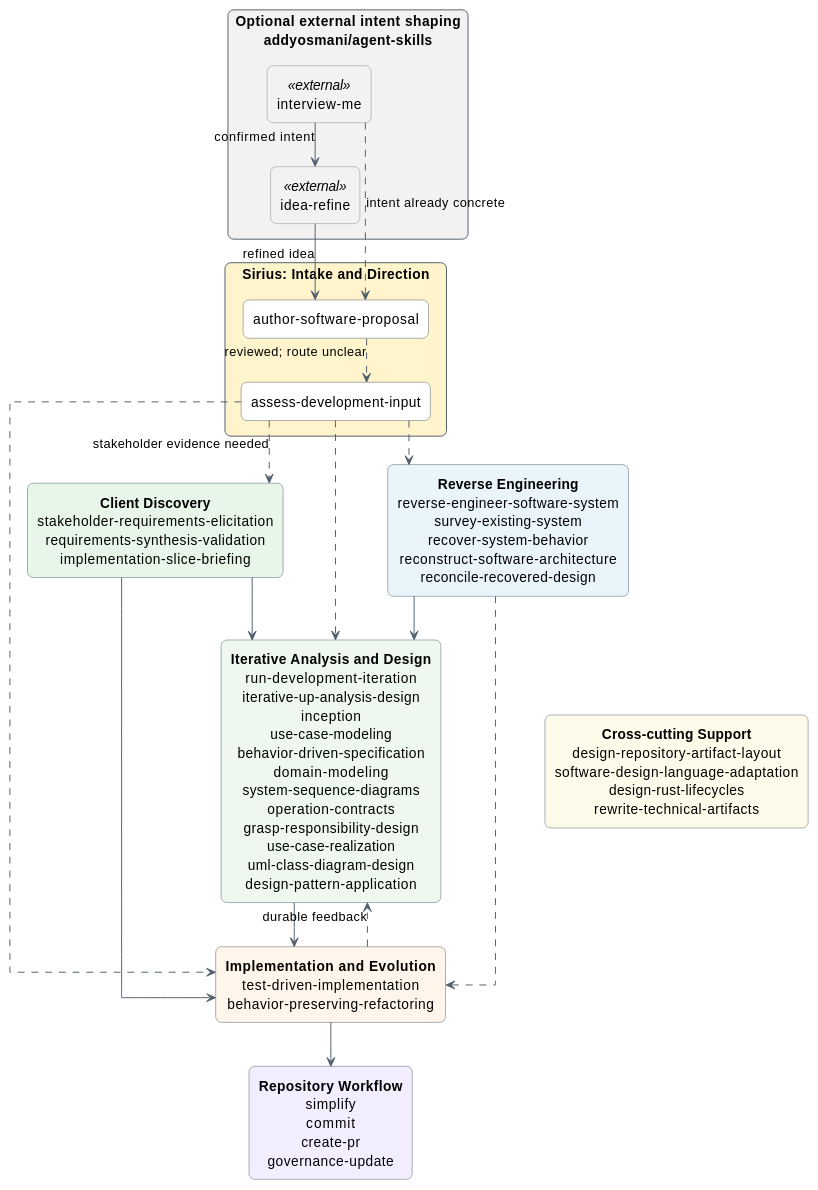
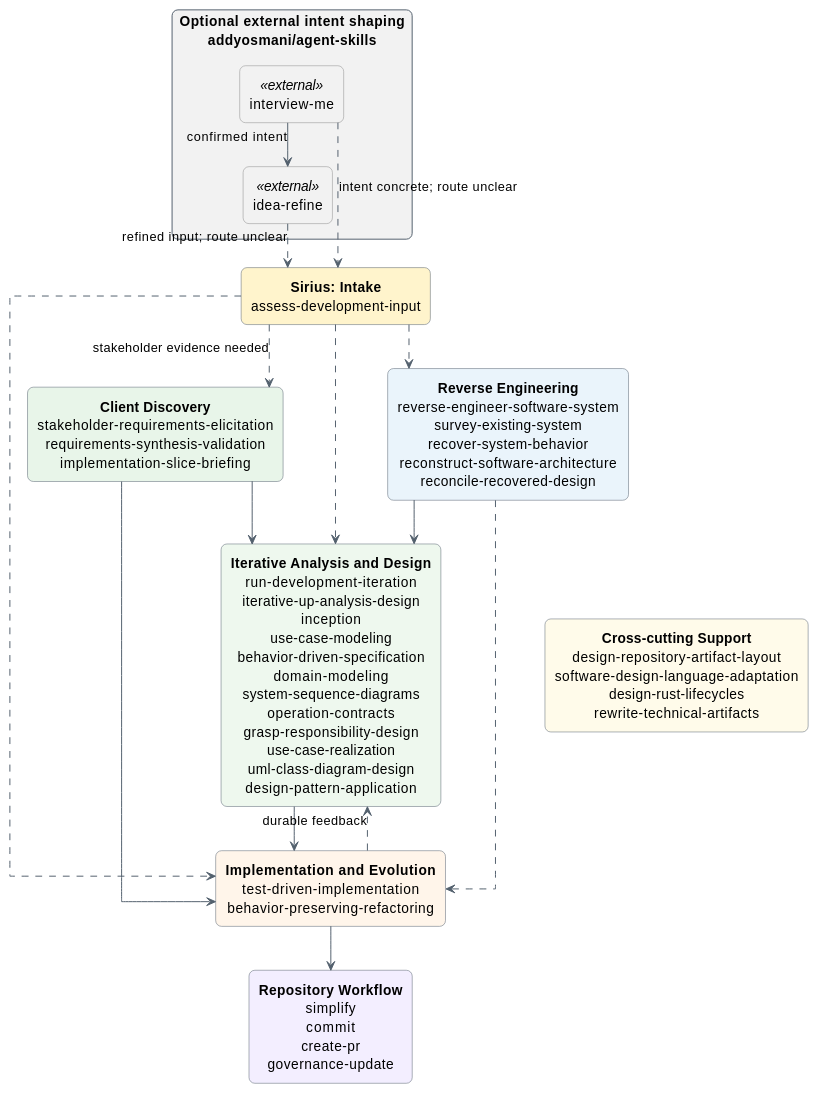
The first of 5 diagrams in catalog/skill-relationships.md (sirius-cc-wu/sirius-skills), drawn with PlantUML before and after one commit. The commit also changed other lines of this file and 23 other files, not shown here.

First line of the commit message:
skills: retire software proposal authoring

````diff
--- a/catalog/skill-relationships.md
+++ b/catalog/skill-relationships.md
@@ -15,67 +15,62 @@
 ```plantuml
 @startuml sirius-skills-birds-eye
 top to bottom direction
 
 skinparam backgroundColor #FFFFFF
 skinparam shadowing false
 skinparam packageStyle rectangle
 skinparam linetype ortho
 skinparam defaultFontName Arial
 skinparam defaultTextAlignment center
 skinparam ArrowColor #52606D
 skinparam nodesep 35
 skinparam ranksep 45
 skinparam rectangle {
   BackgroundColor #FFFFFF
   BorderColor #52606D
   RoundCorner 12
 }
 skinparam rectangle<<external>> {
   BackgroundColor #F2F2F2
   BorderColor #888888
 }
 
 package "Optional external intent shaping\naddyosmani/agent-skills" as addy #F2F2F2 {
   rectangle "interview-me" as addyInterview <<external>>
   rectangle "idea-refine" as addyIdea <<external>>
 }
 
-package "**Sirius: Intake and Direction**" as intake #FFF4CC {
-  rectangle "assess-development-input" as assess
-  rectangle "author-software-proposal" as proposal
-}
+rectangle "**Sirius: Intake**\nassess-development-input" as assess #FFF4CC
 
 rectangle "**Client Discovery**\nstakeholder-requirements-elicitation\nrequirements-synthesis-validation\nimplementation-slice-briefing" as discovery #E8F5E9
 
 rectangle "**Reverse Engineering**\nreverse-engineer-software-system\nsurvey-existing-system\nrecover-system-behavior\nreconstruct-software-architecture\nreconcile-recovered-design" as reverse #EAF4FB
 
 rectangle "**Iterative Analysis and Design**\nrun-development-iteration\niterative-up-analysis-design\ninception\nuse-case-modeling\nbehavior-driven-specification\ndomain-modeling\nsystem-sequence-diagrams\noperation-contracts\ngrasp-responsibility-design\nuse-case-realization\numl-class-diagram-design\ndesign-pattern-application" as design #EEF8EE
 
 rectangle "**Implementation and Evolution**\ntest-driven-implementation\nbehavior-preserving-refactoring" as implementation #FFF5EA
 
 rectangle "**Repository Workflow**\nsimplify\ncommit\ncreate-pr\ngovernance-update" as repository #F3EEFF
 
 rectangle "**Cross-cutting Support**\ndesign-repository-artifact-layout\nsoftware-design-language-adaptation\ndesign-rust-lifecycles\nrewrite-technical-artifacts" as support #FFFBEA
 
-proposal -[hidden]right-> assess
 assess -[hidden]right-> discovery
 discovery -[hidden]right-> reverse
 design -[hidden]right-> support
 
 addyInterview --> addyIdea : confirmed intent
-addyIdea --> proposal : refined idea
-addyInterview ..> proposal : intent already concrete
-proposal ..> assess : reviewed; route unclear
+addyIdea ..> assess : refined input; route unclear
+addyInterview ..> assess : intent concrete; route unclear
 assess ..> discovery : stakeholder evidence needed
 assess ..> reverse
 assess ..> design
 assess ..> implementation
 discovery --> design
 discovery --> implementation
 reverse --> design
 reverse ..> implementation
 design --> implementation
 implementation ..> design : durable feedback
 implementation --> repository
 @enduml
 ```
````
